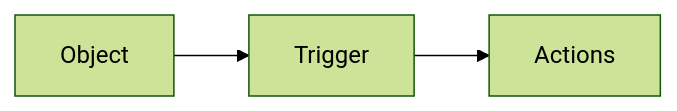
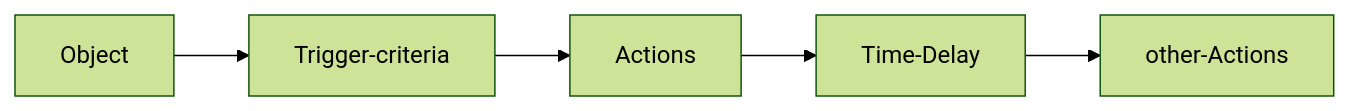
Before and after one commit to criscara-dev/dendron-template: the first of 2 diagrams in vault/salesforce-platform.platform-app-builder.md, drawn with Mermaid (forest theme). The commit also changed other lines of this file and 18 other files, not shown here.

````diff
--- a/vault/salesforce-platform.platform-app-builder.md
+++ b/vault/salesforce-platform.platform-app-builder.md
@@ -798,5 +804,7 @@
 ```mermaid
 graph LR
-Object --> Trigger;
-Trigger --> Actions;
+Object --> Trigger-criteria;
+Trigger-criteria--> Actions;
+Actions --> Time-Delay;
+Time-Delay --> other-Actions;
 ```
````
